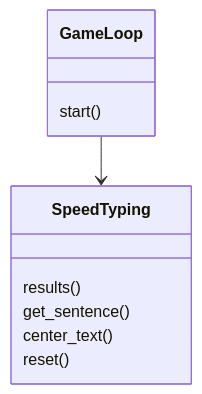
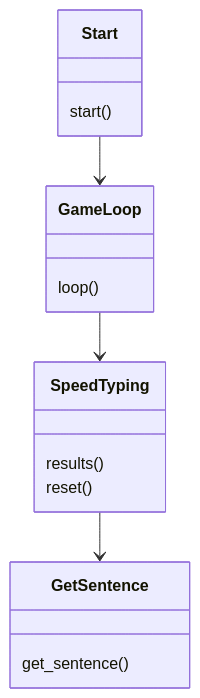
The first of 2 diagrams in dokumentaatio/arkkitehtuuri.md (roosahut/ot-harjoitustyo), drawn with Mermaid before and after one commit. The commit also changed other lines of this file, not shown here.

````diff
--- a/dokumentaatio/arkkitehtuuri.md
+++ b/dokumentaatio/arkkitehtuuri.md
@@ -3,13 +3,19 @@
 ```mermaid
  classDiagram
+      Start --> GameLoop
       GameLoop --> SpeedTyping
+      SpeedTyping --> GetSentence
+      class Start{
+          start()
+      }
       class GameLoop{
-          start()
+          loop()
       }
       class SpeedTyping{
           results()
-          get_sentence()
-          center_text()
           reset()
       }
+      class GetSentence{
+           get_sentence()
+      }
 ```
````
